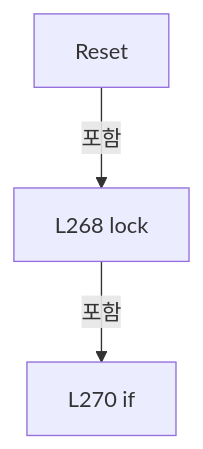
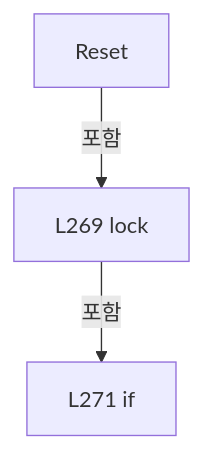
The ninth of 21 diagrams in A3 LD Code Ref/files/Drilling.Common/Alarm/CAlarmManager.cs.md (kjuws10-rgb/Shared), drawn with Mermaid before and after one commit. The commit also changed other lines of this file and 2071 other files, not shown here.

Commit message:
docs(a3): update 11.19.0 architecture and code reference

````diff
--- a/A3 LD Code Ref/files/Drilling.Common/Alarm/CAlarmManager.cs.md
+++ b/A3 LD Code Ref/files/Drilling.Common/Alarm/CAlarmManager.cs.md
@@ -1697,8 +1697,8 @@
 ```mermaid
 flowchart TD
  M["Reset"]
- N0["L268 lock"]
+ N0["L269 lock"]
  M -->|포함| N0
- N1["L270 if"]
+ N1["L271 if"]
  N0 -->|포함| N1
 ```
````
